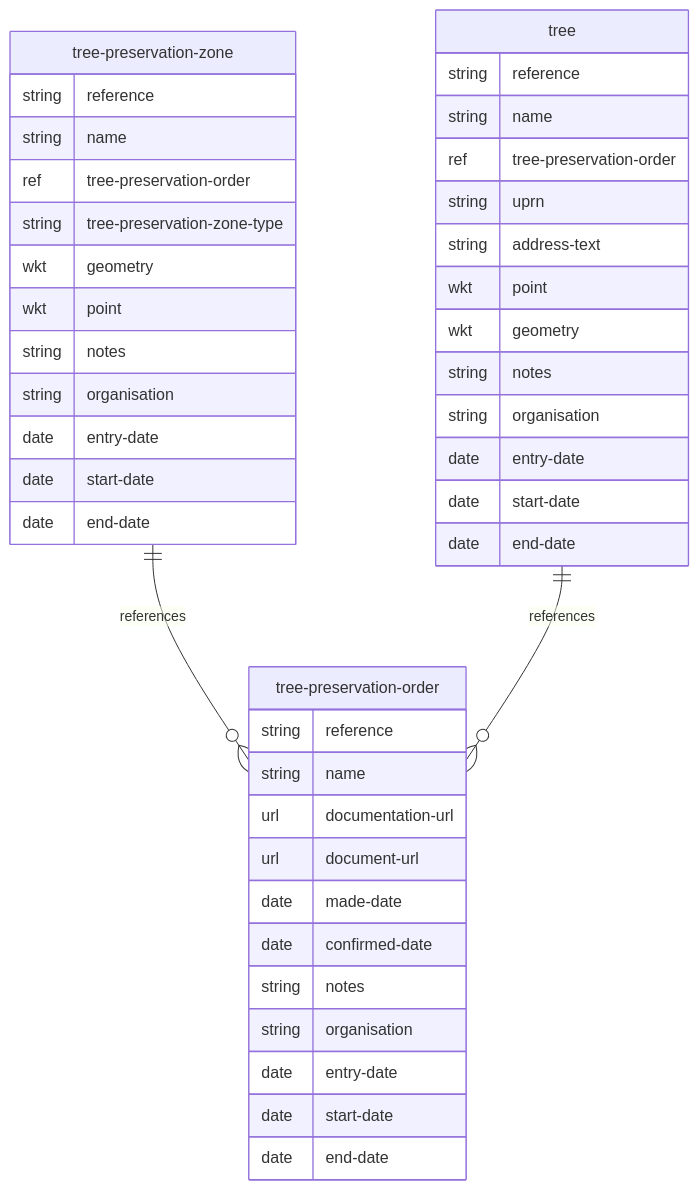
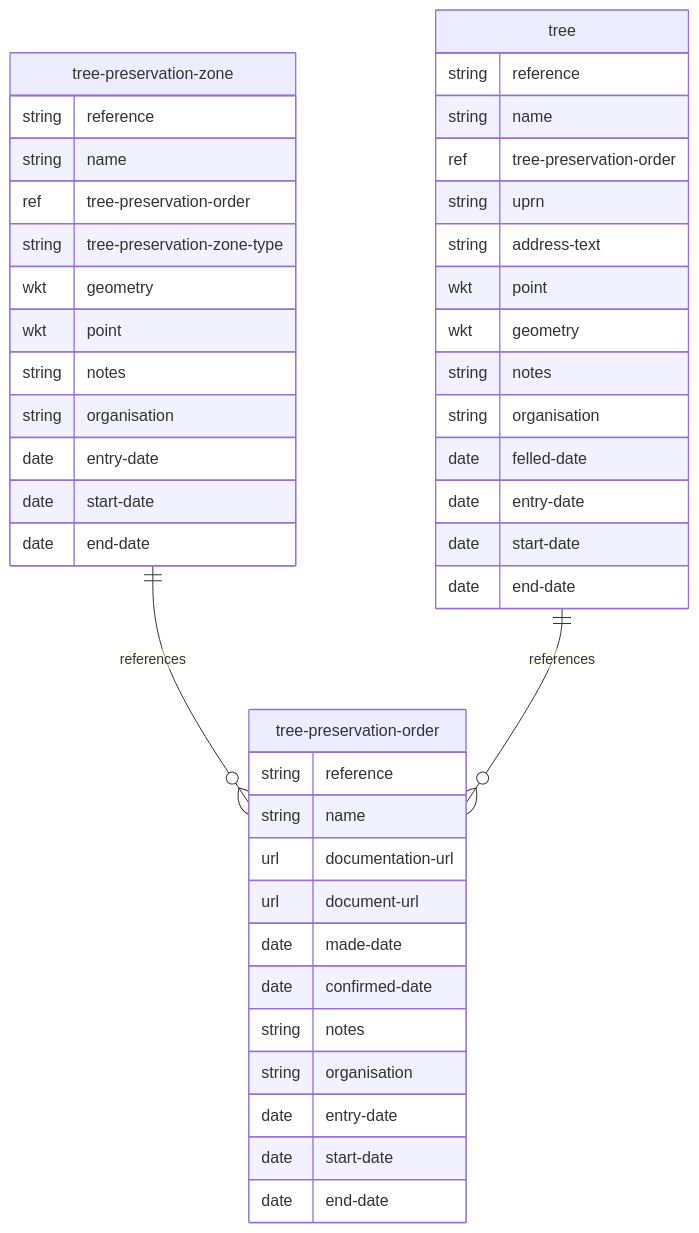
Before and after one commit to digital-land/specification: the diagram in docs/mermaid/tree-preservation-order.md, drawn with Mermaid. The commit also changed 10 other files, not shown here.

````diff
--- a/docs/mermaid/tree-preservation-order.md
+++ b/docs/mermaid/tree-preservation-order.md
@@ -4,45 +4,46 @@
 ```mermaid
 erDiagram
     tree-preservation-order {
         string reference
         string name
         url documentation-url
         url document-url
         date made-date
         date confirmed-date
         string notes
         string organisation
         date entry-date
         date start-date
         date end-date
     }
     tree-preservation-zone {
         string reference
         string name
         ref tree-preservation-order
         string tree-preservation-zone-type
         wkt geometry
         wkt point
         string notes
         string organisation
         date entry-date
         date start-date
         date end-date
     }
     tree {
         string reference
         string name
         ref tree-preservation-order
         string uprn
         string address-text
         wkt point
         wkt geometry
         string notes
         string organisation
+        date felled-date
         date entry-date
         date start-date
         date end-date
     }
     tree-preservation-zone ||--o{ tree-preservation-order : references
     tree ||--o{ tree-preservation-order : references
 ```
````
